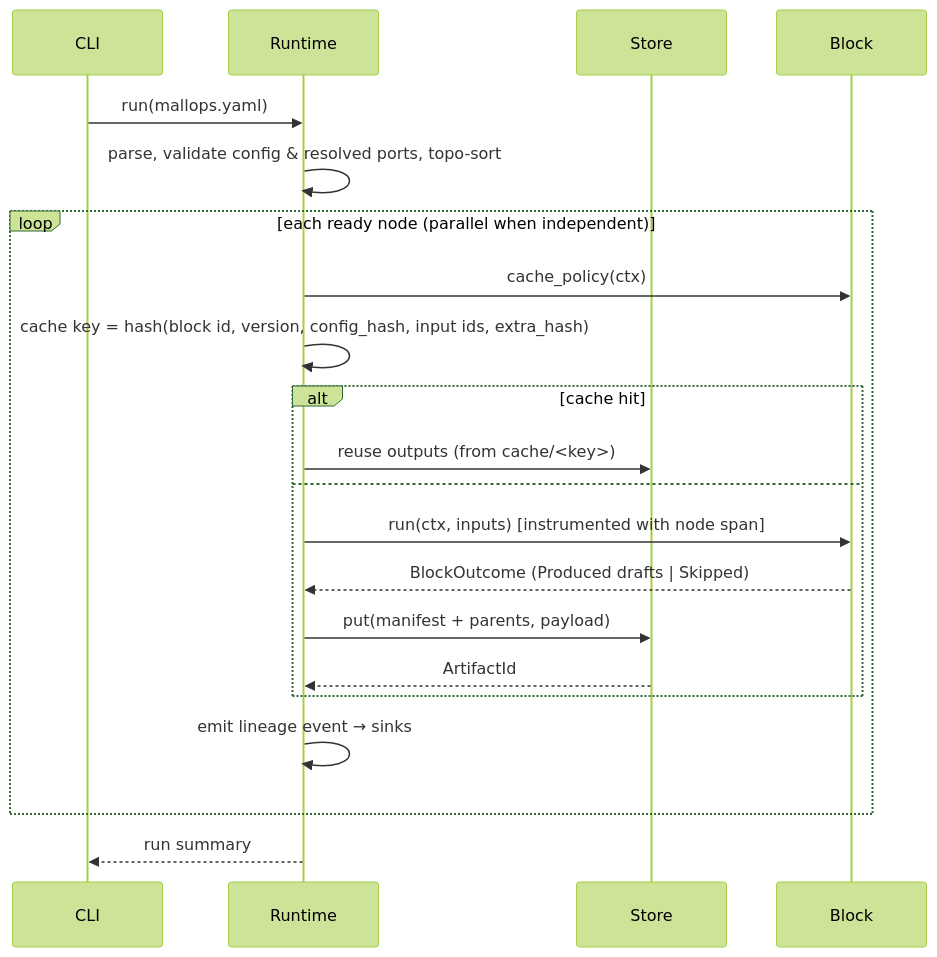
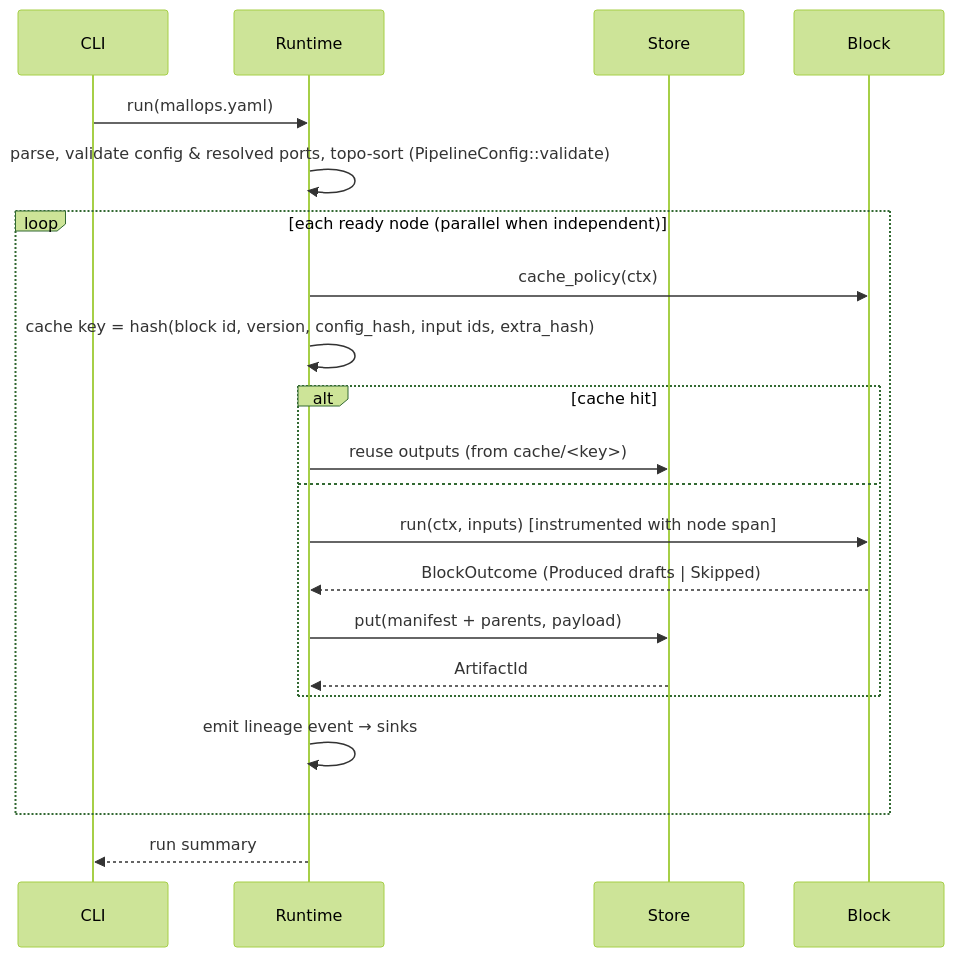
One commit to bighands2304/mallops changed the second of 5 diagrams in docs/ARCHITECTURE.md. Above: the diagram before and after it, drawn with Mermaid (forest theme). The commit also changed other lines of this file and 10 other files, not shown here.

First line of the commit message:
feat(core): pipeline validation and PipelineBuilder (#6) (#35)

````diff
--- a/docs/ARCHITECTURE.md
+++ b/docs/ARCHITECTURE.md
@@ -162,23 +163,23 @@
 ```mermaid
 sequenceDiagram
     participant CLI
     participant Core as Runtime
     participant Store
     participant B as Block
     CLI->>Core: run(mallops.yaml)
-    Core->>Core: parse, validate config & resolved ports, topo-sort
+    Core->>Core: parse, validate config & resolved ports, topo-sort (PipelineConfig::validate)
     loop each ready node (parallel when independent)
         Core->>B: cache_policy(ctx)
         Core->>Core: cache key = hash(block id, version, config_hash, input ids, extra_hash)
         alt cache hit
             Core->>Store: reuse outputs (from cache/<key>)
         else
             Core->>B: run(ctx, inputs) [instrumented with node span]
             B-->>Core: BlockOutcome (Produced drafts | Skipped)
             Core->>Store: put(manifest + parents, payload)
             Store-->>Core: ArtifactId
         end
         Core->>Core: emit lineage event → sinks
     end
     Core-->>CLI: run summary
 ```
````
